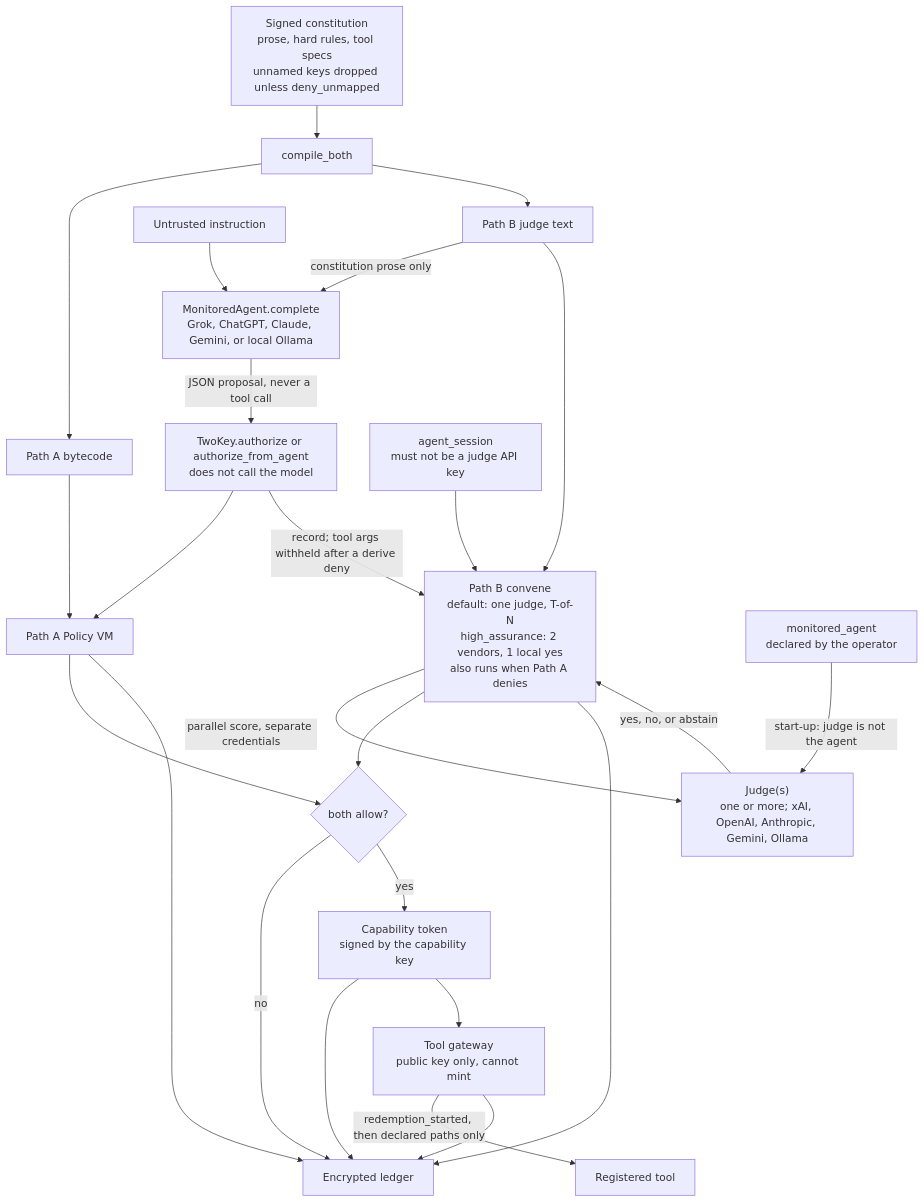
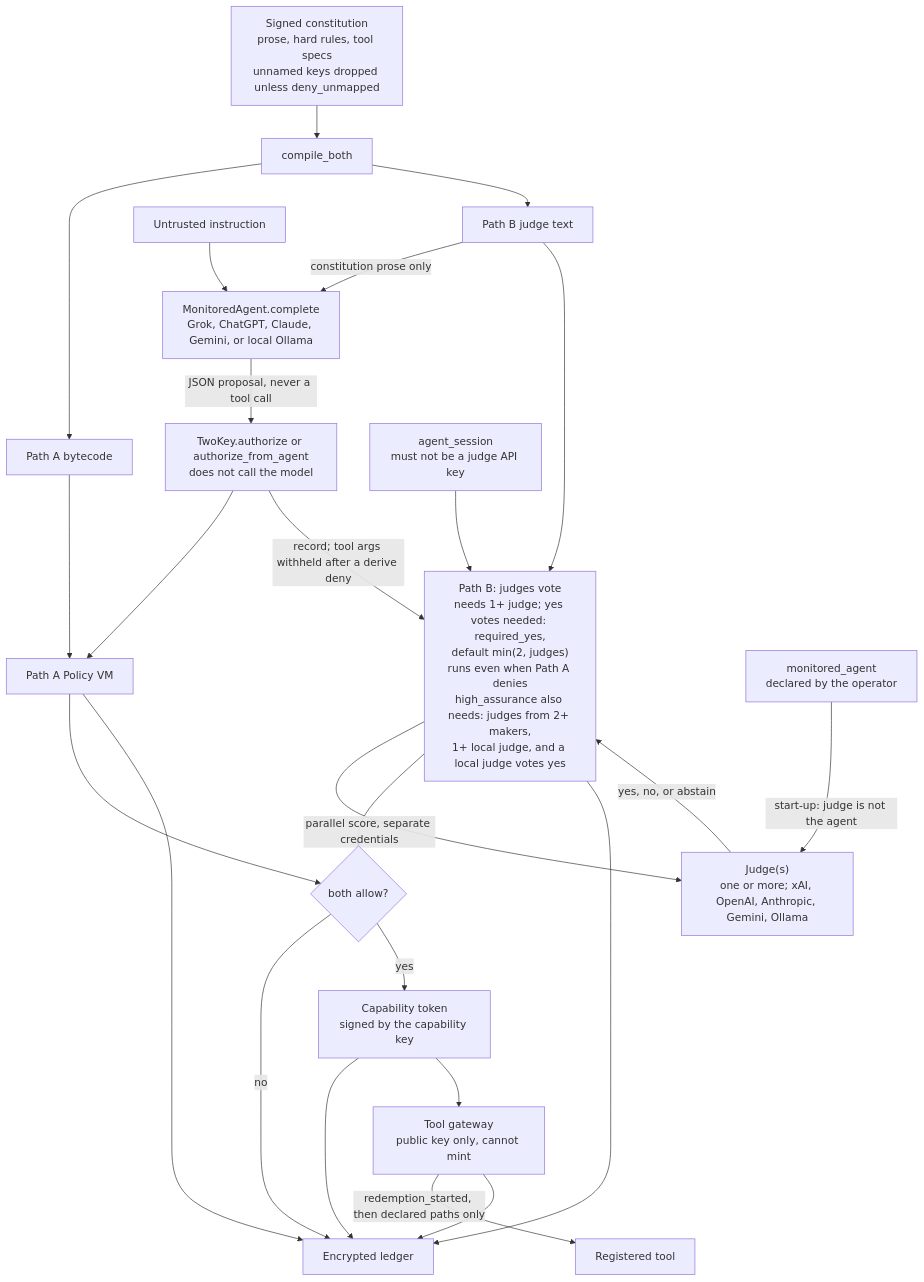
The first of 3 diagrams in README.md (Insomniac-VibeLabs/two-key-concept), drawn with Mermaid before and after one commit. The commit also changed other lines of this file and 22 other files, not shown here.

````diff
--- a/README.md
+++ b/README.md
@@ -88,27 +91,27 @@
 ```mermaid
 flowchart TD
   constitution["Signed constitution<br/>prose, hard rules, tool specs<br/>unnamed keys dropped unless deny_unmapped"] --> compile["compile_both"]
   compile --> bytecode["Path A bytecode"]
   compile --> judgeText["Path B judge text"]
   instruction["Untrusted instruction"] --> agent["MonitoredAgent.complete<br/>Grok, ChatGPT, Claude, Gemini, or local Ollama"]
   judgeText -->|"constitution prose only"| agent
   agent -->|"JSON proposal, never a tool call"| authorize["TwoKey.authorize or authorize_from_agent<br/>does not call the model"]
   bytecode --> pathA["Path A Policy VM"]
   authorize --> pathA
-  authorize -->|"record; tool args withheld after a derive deny"| pathB["Path B convene<br/>default: one judge, T-of-N<br/>high_assurance: 2 vendors, 1 local yes<br/>also runs when Path A denies"]
+  authorize -->|"record; tool args withheld after a derive deny"| pathB["Path B: judges vote<br/>needs 1+ judge; yes votes needed: required_yes,<br/>default min(2, judges)<br/>runs even when Path A denies<br/>high_assurance also needs: judges from 2+ makers,<br/>1+ local judge, and a local judge votes yes"]
   judgeText --> pathB
   declared["monitored_agent<br/>declared by the operator"] -->|"start-up: judge is not the agent"| judges
   session["agent_session<br/>must not be a judge API key"] --> pathB
   pathB -->|"parallel score, separate credentials"| judges["Judge(s)<br/>one or more; xAI, OpenAI, Anthropic, Gemini, Ollama"]
   judges -->|"yes, no, or abstain"| pathB
   pathA --> gate{"both allow?"}
   pathB --> gate
   pathA --> ledger["Encrypted ledger"]
   pathB --> ledger
   gate -->|no| ledger
   gate -->|yes| token["Capability token<br/>signed by the capability key"]
   token --> ledger
   token --> gateway["Tool gateway<br/>public key only, cannot mint"]
   gateway -->|"redemption_started, then declared paths only"| tool["Registered tool"]
   gateway --> ledger
 ```
````
